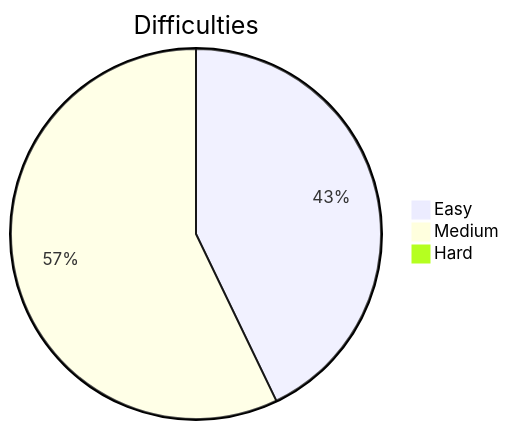
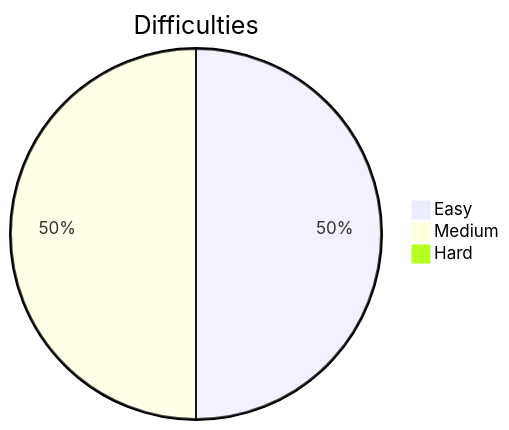
One commit to Parth099/Leetcode-Solutions changed the diagram in README.md. Above: the diagram before and after it, drawn with Mermaid. The commit also changed other lines of this file and 1 other file, not shown here.

````diff
--- a/README.md
+++ b/README.md
@@ -5,7 +5,7 @@
 ```mermaid
 pie
     title Difficulties
-    "Easy"   : 3
+    "Easy"   : 4
     "Medium" : 4
     "Hard"   : 0
 ```
````
